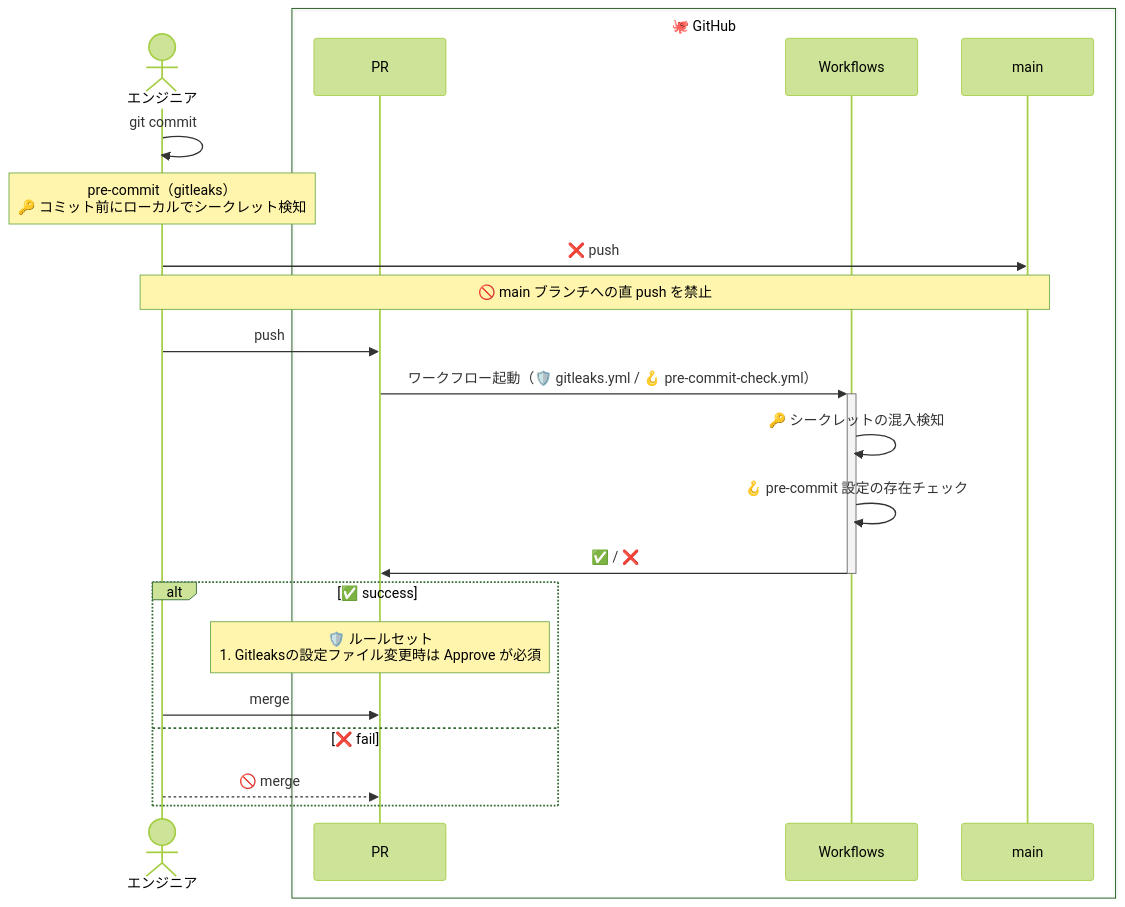
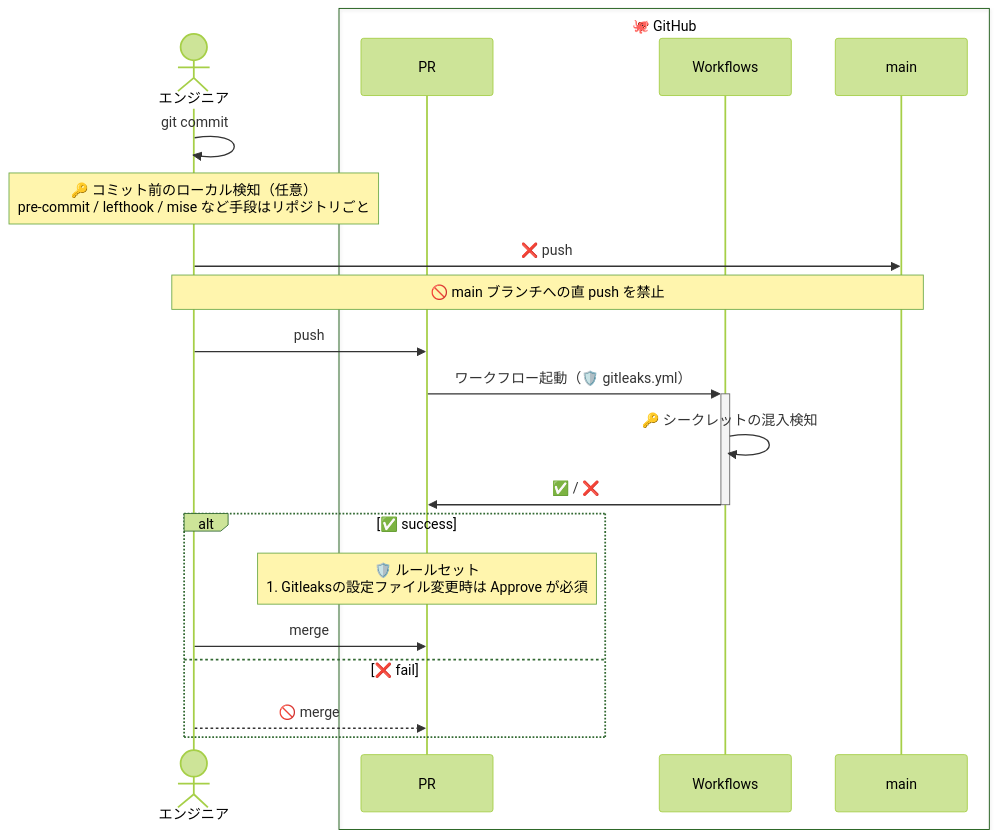
The second of 2 diagrams in README.md (theindiehacker/github-workflows), drawn with Mermaid (forest theme) before and after one commit. The commit also changed other lines of this file and 3 other files, not shown here.

First line of the commit message:
pre-commit 設定の存在チェックワークフローを削除する (#3)

````diff
--- a/README.md
+++ b/README.md
@@ -45,29 +44,28 @@
 ```mermaid
 sequenceDiagram
     actor Engineer as エンジニア
     box 🐙 GitHub
         participant PR
         participant workflows as Workflows
         participant main 
     end
 
     Engineer->>Engineer: git commit
-    Note over Engineer: pre-commit（gitleaks）<br/>🔑 コミット前にローカルでシークレット検知
+    Note over Engineer: 🔑 コミット前のローカル検知（任意）<br/>pre-commit / lefthook / mise など手段はリポジトリごと
 
     Engineer->>main: ❌ push
     Note over Engineer,main: 🚫 main ブランチへの直 push を禁止
 
     Engineer->>PR: push
 
-    PR->>+workflows: ワークフロー起動（🛡️ gitleaks.yml / 🪝 pre-commit-check.yml）
+    PR->>+workflows: ワークフロー起動（🛡️ gitleaks.yml）
     workflows->>workflows: 🔑 シークレットの混入検知
-    workflows->>workflows: 🪝 pre-commit 設定の存在チェック
     workflows->>-PR: ✅ / ❌
 
     alt ✅ success
         Note over PR: 🛡️ ルールセット<br/>1. Gitleaksの設定ファイル変更時は Approve が必須
         Engineer->>PR: merge
     else ❌ fail
         Engineer-->>PR: 🚫 merge
     end
 ```
````
